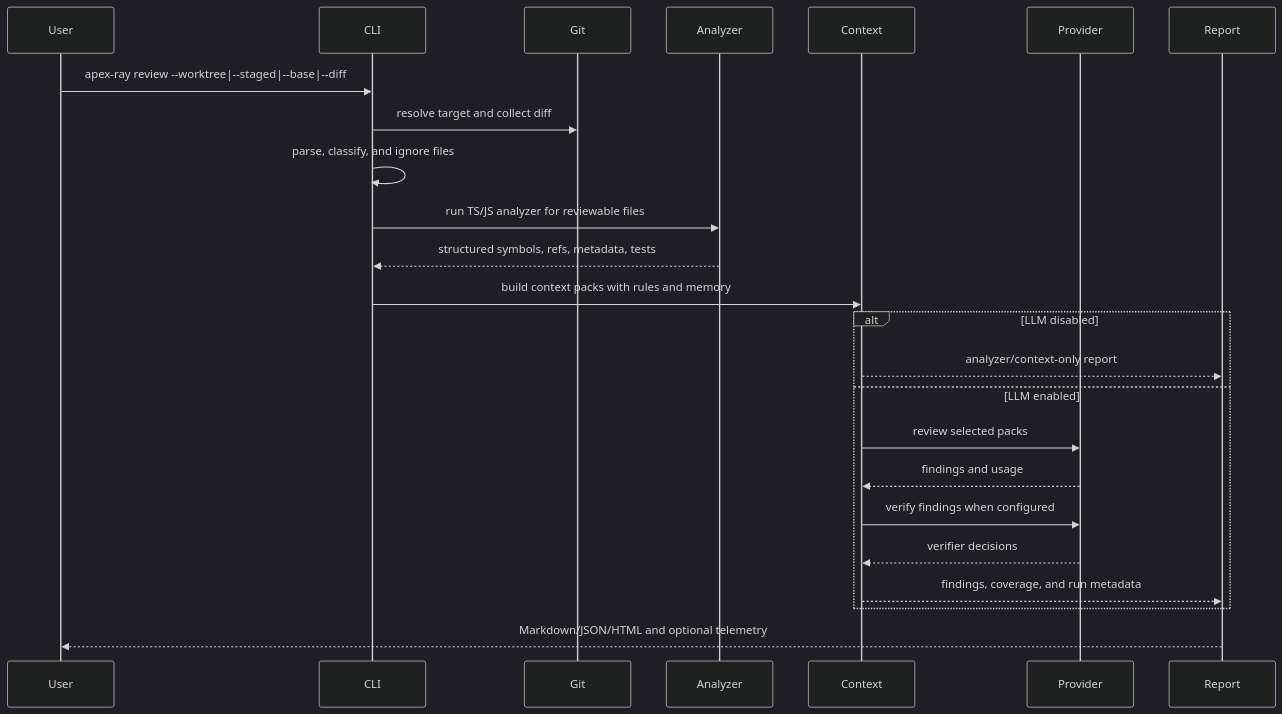
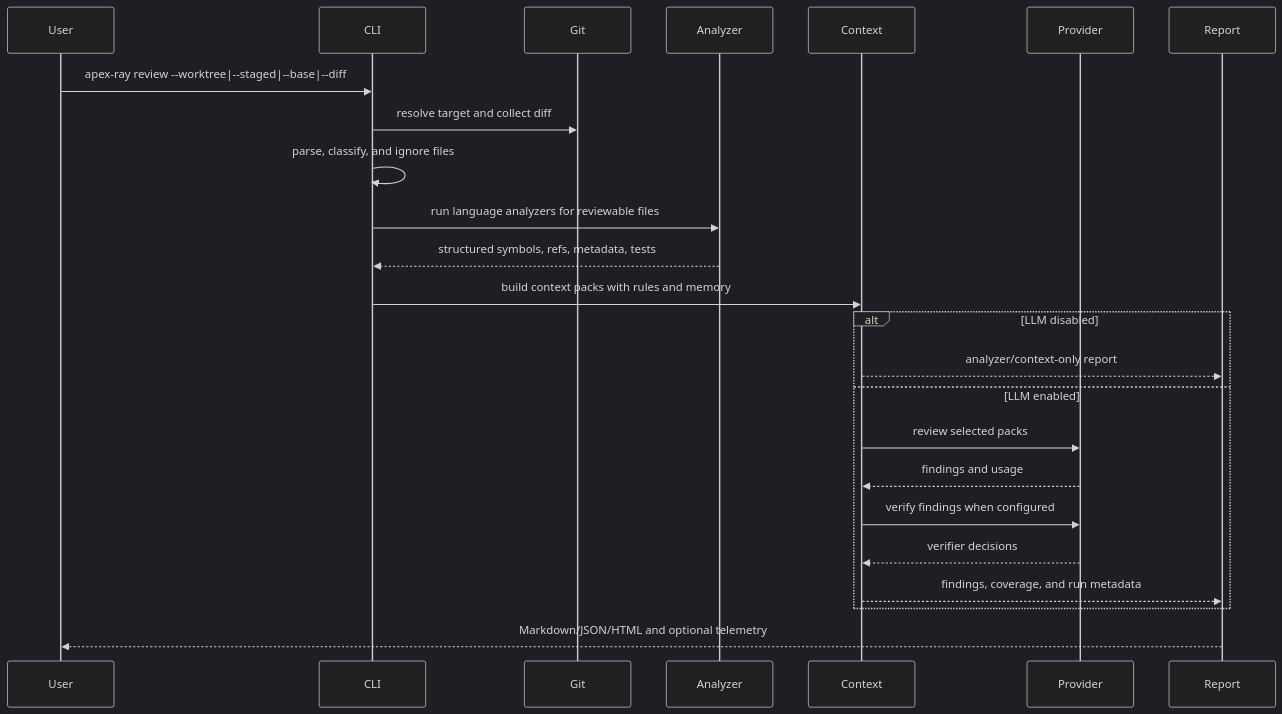
Before and after one commit to dobrotacreator/apex-ray: the second of 3 diagrams in docs/architecture.md, drawn with Mermaid (dark theme). The commit also changed other lines of this file and 15 other files, not shown here.

````diff
--- a/docs/architecture.md
+++ b/docs/architecture.md
@@ -130,27 +144,27 @@
 ```mermaid
 sequenceDiagram
   participant User
   participant CLI
   participant Git
   participant Analyzer
   participant Context
   participant Provider
   participant Report
 
   User->>CLI: apex-ray review --worktree|--staged|--base|--diff
   CLI->>Git: resolve target and collect diff
   CLI->>CLI: parse, classify, and ignore files
-  CLI->>Analyzer: run TS/JS analyzer for reviewable files
+  CLI->>Analyzer: run language analyzers for reviewable files
   Analyzer-->>CLI: structured symbols, refs, metadata, tests
   CLI->>Context: build context packs with rules and memory
   alt LLM disabled
     Context-->>Report: analyzer/context-only report
   else LLM enabled
     Context->>Provider: review selected packs
     Provider-->>Context: findings and usage
     Context->>Provider: verify findings when configured
     Provider-->>Context: verifier decisions
     Context-->>Report: findings, coverage, and run metadata
   end
   Report-->>User: Markdown/JSON/HTML and optional telemetry
 ```
````
